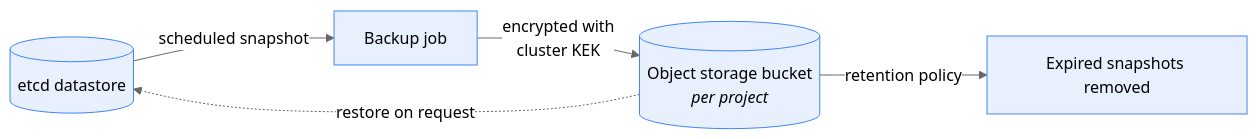
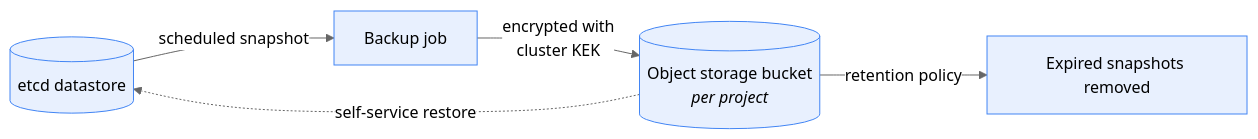
The seventh of 7 diagrams in docs/managed-kubernetes-datasheet.md (cs-3pp/kubernetes-cluster), drawn with Mermaid (neutral theme) before and after one commit. The commit also changed other lines of this file and 4 other files, not shown here.

````diff
--- a/docs/managed-kubernetes-datasheet.md
+++ b/docs/managed-kubernetes-datasheet.md
@@ -499,10 +551,10 @@
 ```mermaid
 flowchart LR
     E[("etcd datastore")] -->|"scheduled snapshot"| J["Backup job"]
     J -->|"encrypted with<br/>cluster KEK"| S[("Object storage bucket<br/><i>per project</i>")]
     S -->|"retention policy"| X["Expired snapshots removed"]
-    S -.->|"restore on request"| E
+    S -.->|"self-service restore"| E
 
     classDef n fill:#e8f0fe,stroke:#4285f4,color:#000
     class E,J,S,X n
 ```
````
